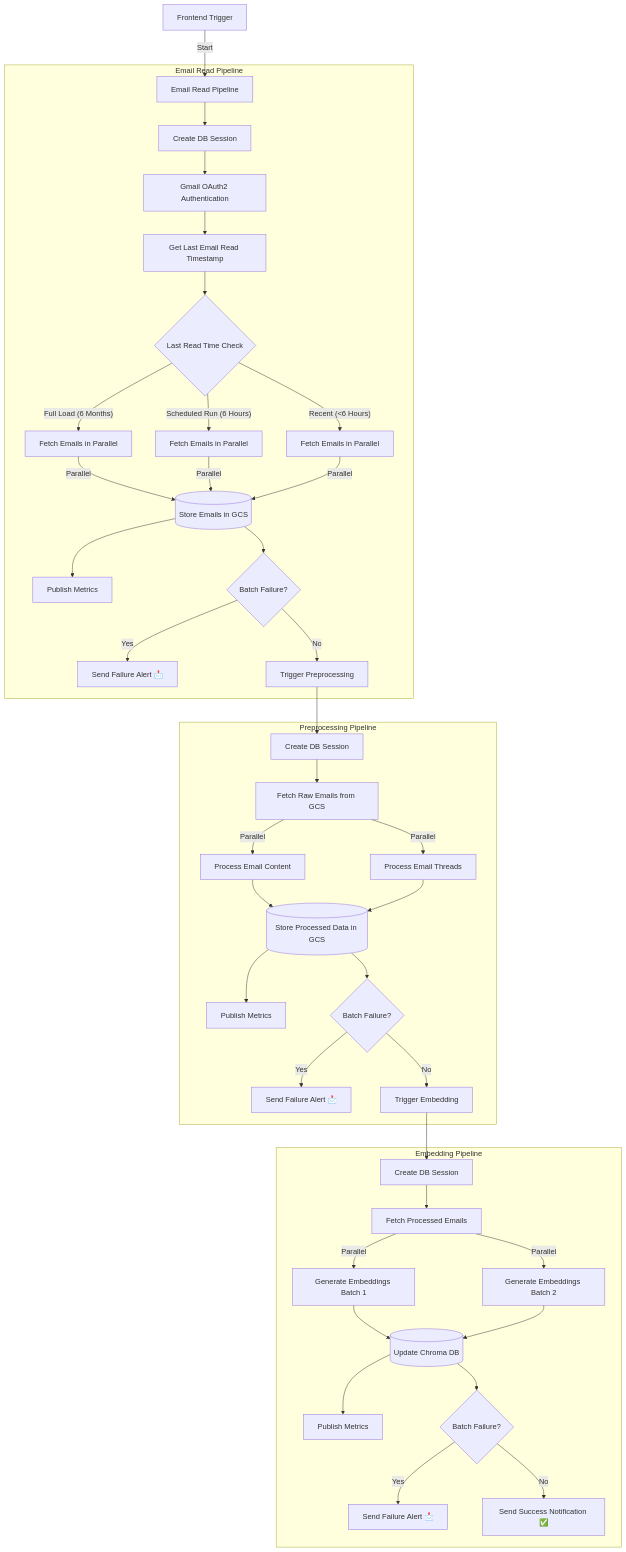
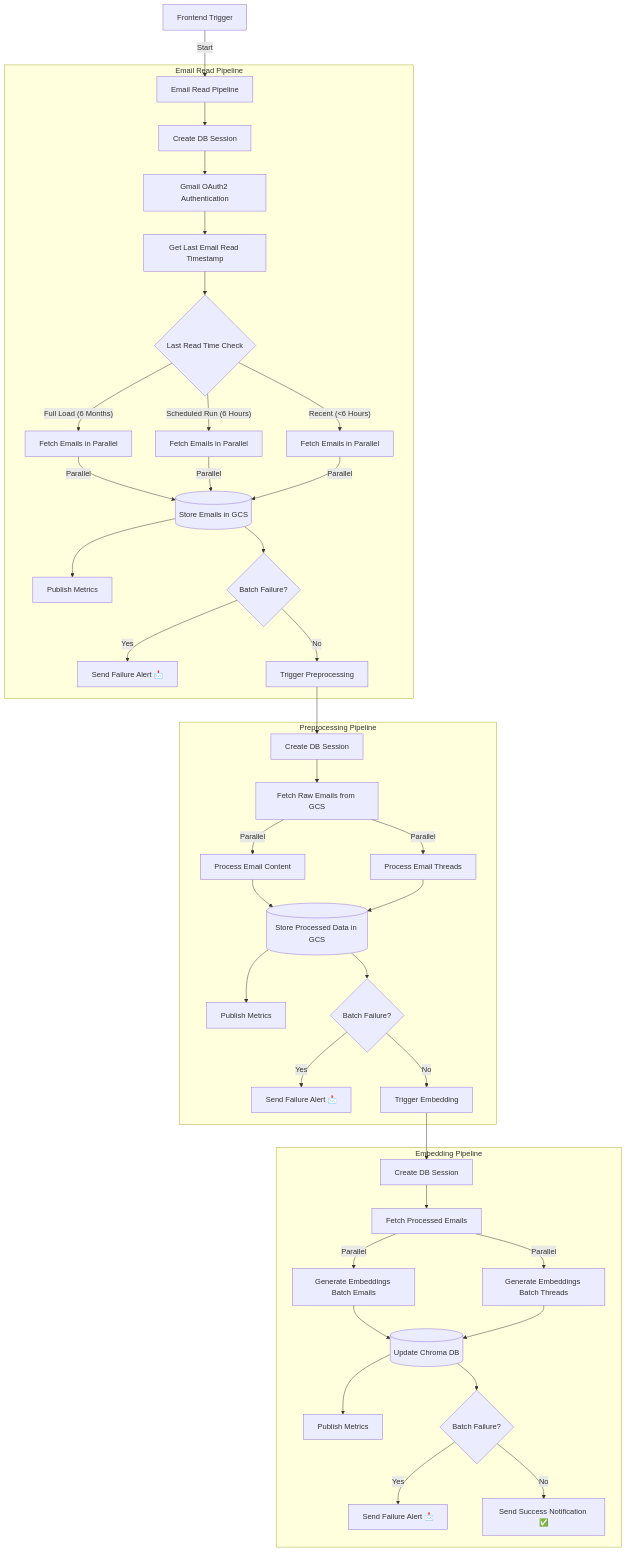
The diagram in Data-Pipeline/flow.mermaid (kprakhar27/InboxAI), drawn with Mermaid before and after one commit.

```diff
--- a/Data-Pipeline/flow.mermaid
+++ b/Data-Pipeline/flow.mermaid
@@ -1,63 +1,63 @@
 graph TD
 
     %% Frontend Trigger
     A[Frontend Trigger] -->|Start| B[Email Read Pipeline]
 
     %% Email Read Pipeline
     subgraph Email Read Pipeline
         B --> C[Create DB Session]
         C --> D[Gmail OAuth2 Authentication]
         D --> E[Get Last Email Read Timestamp]
         E --> F{Last Read Time Check}
 
         %% Parallel Fetching Paths
         F -- Full Load (6 Months) --> G1[Fetch Emails in Parallel]
         F -- Scheduled Run (6 Hours) --> H1[Fetch Emails in Parallel]
         F -- Recent (<6 Hours) --> I1[Fetch Emails in Parallel]
 
         G1 -->|Parallel| J[(Store Emails in GCS)]
         H1 -->|Parallel| J
         I1 -->|Parallel| J
 
         J --> K[Publish Metrics]
         J --> L{Batch Failure?}
 
         L -- Yes --> M[Send Failure Alert 📩]
         L -- No --> N[Trigger Preprocessing]
     end
 
     %% Preprocessing Pipeline
     subgraph Preprocessing Pipeline
         N --> O[Create DB Session]
         O --> P[Fetch Raw Emails from GCS]
 
         %% Parallel Processing
         P -->|Parallel| Q1[Process Email Content]
         P -->|Parallel| Q2[Process Email Threads]
         Q1 --> R[(Store Processed Data in GCS)]
         Q2 --> R
 
         R --> S[Publish Metrics]
         R --> T{Batch Failure?}
 
         T -- Yes --> U[Send Failure Alert 📩]
         T -- No --> V[Trigger Embedding]
     end
 
     %% Embedding Pipeline
     subgraph Embedding Pipeline
         V --> W[Create DB Session]
         W --> X[Fetch Processed Emails]
 
         %% Parallel Embedding Generation
-        X -->|Parallel| Y1[Generate Embeddings Batch 1]
-        X -->|Parallel| Y2[Generate Embeddings Batch 2]
+        X -->|Parallel| Y1[Generate Embeddings Batch Emails]
+        X -->|Parallel| Y2[Generate Embeddings Batch Threads]
         Y1 --> Z[(Update Chroma DB)]
         Y2 --> Z
 
         Z --> AA[Publish Metrics]
         Z --> AB{Batch Failure?}
 
         AB -- Yes --> AC[Send Failure Alert 📩]
         AB -- No --> AD[Send Success Notification ✅]
     end
```
